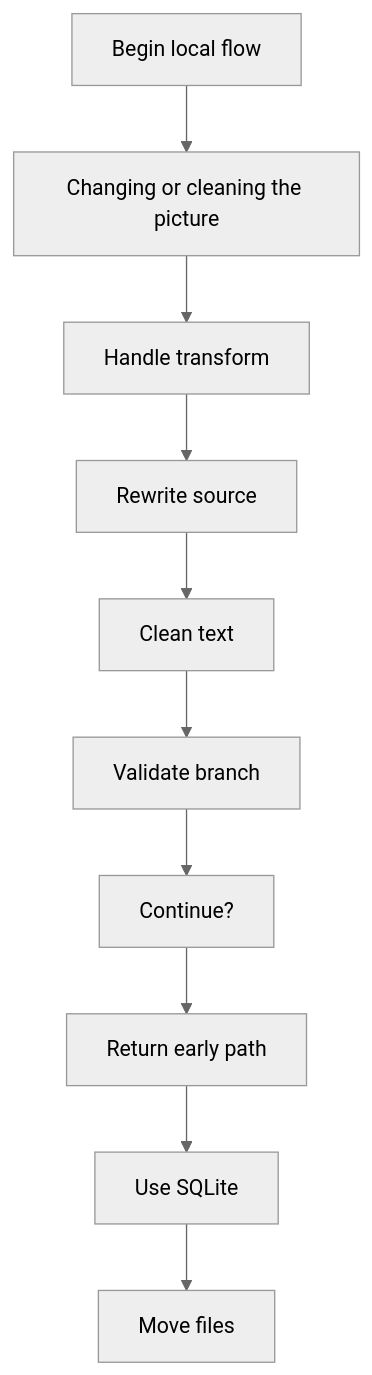
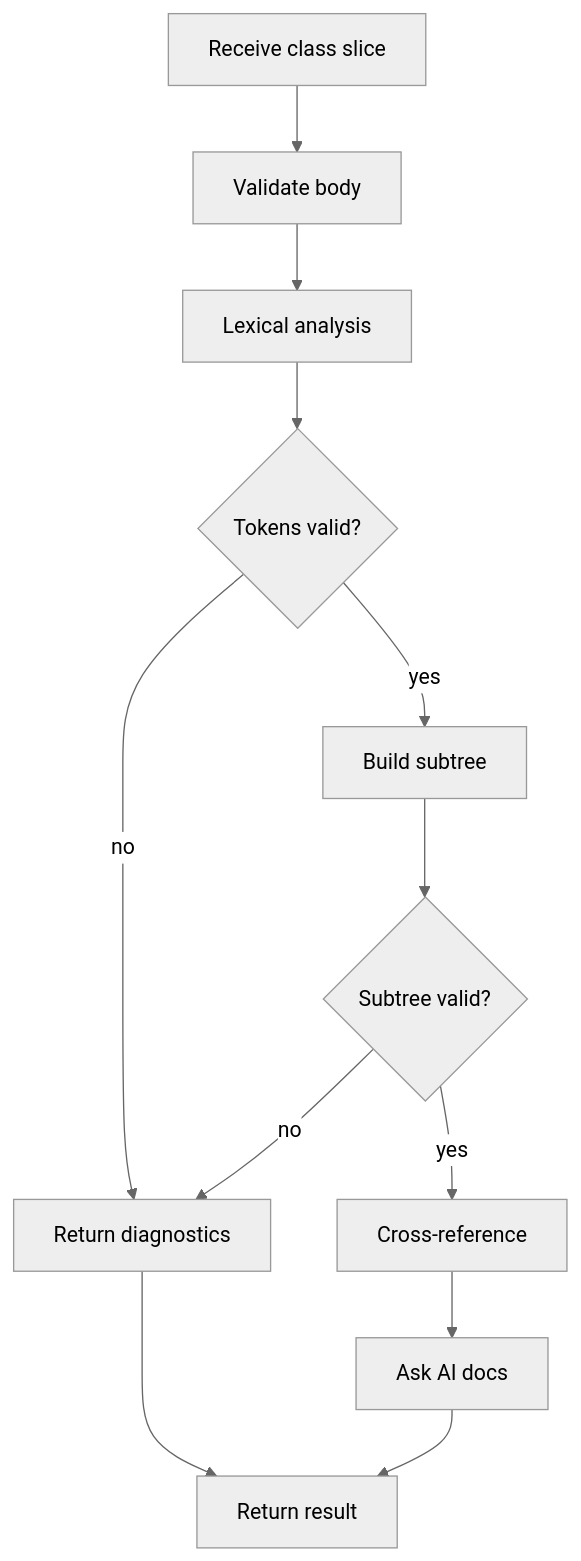
The diagram in docs/Codebase/Backend/src/controllers/transformController.js.md (JohnAndrewBalbarosa/NeoTerritory), drawn with Mermaid (neutral theme) before and after one commit. The commit also changed other lines of this file and 25 other files, not shown here.

First line of the commit message:
Update docs for live class-analysis flow

````diff
--- a/docs/Codebase/Backend/src/controllers/transformController.js.md
+++ b/docs/Codebase/Backend/src/controllers/transformController.js.md
@@ -24,22 +23,24 @@
 ```mermaid
 flowchart TD
-    N0["Begin local flow"]
-    N1["Changing or cleaning the picture"]
-    N2["Handle transform"]
-    N3["Rewrite source"]
-    N4["Clean text"]
-    N5["Validate branch"]
-    N6["Continue?"]
-    N7["Return early path"]
-    N8["Use SQLite"]
-    N9["Move files"]
+    Start["Receive class slice"]
+    N0["Validate body"]
+    N1["Lexical analysis"]
+    D1{"Tokens valid?"}
+    N2["Return diagnostics"]
+    N3["Build subtree"]
+    D2{"Subtree valid?"}
+    N4["Cross-reference"]
+    N5["Ask AI docs"]
+    End["Return result"]
+    Start --> N0
     N0 --> N1
-    N1 --> N2
-    N2 --> N3
-    N3 --> N4
+    N1 --> D1
+    D1 -->|no| N2
+    D1 -->|yes| N3
+    N3 --> D2
+    D2 -->|no| N2
+    D2 -->|yes| N4
     N4 --> N5
-    N5 --> N6
-    N6 --> N7
-    N7 --> N8
-    N8 --> N9
+    N5 --> End
+    N2 --> End
 ```
````
